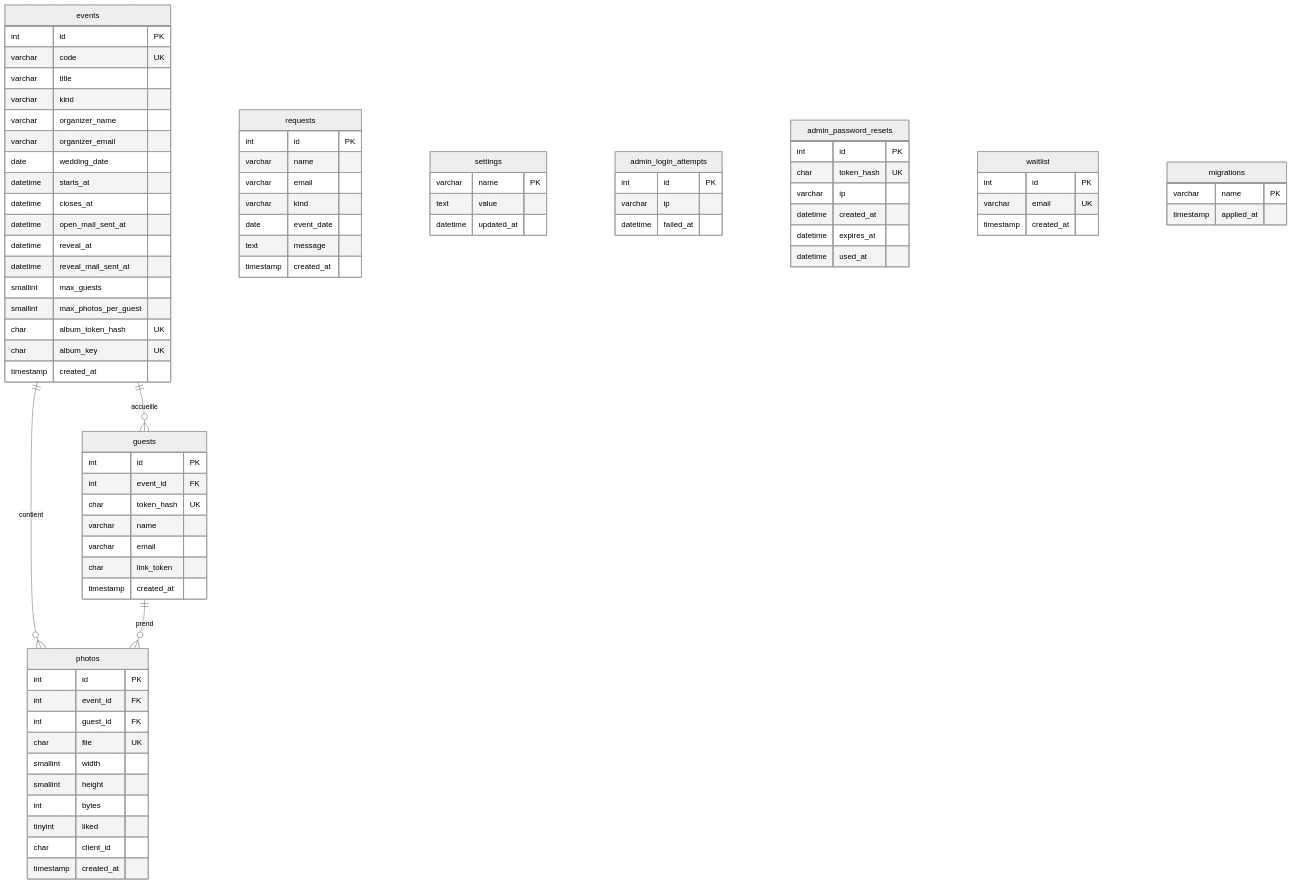
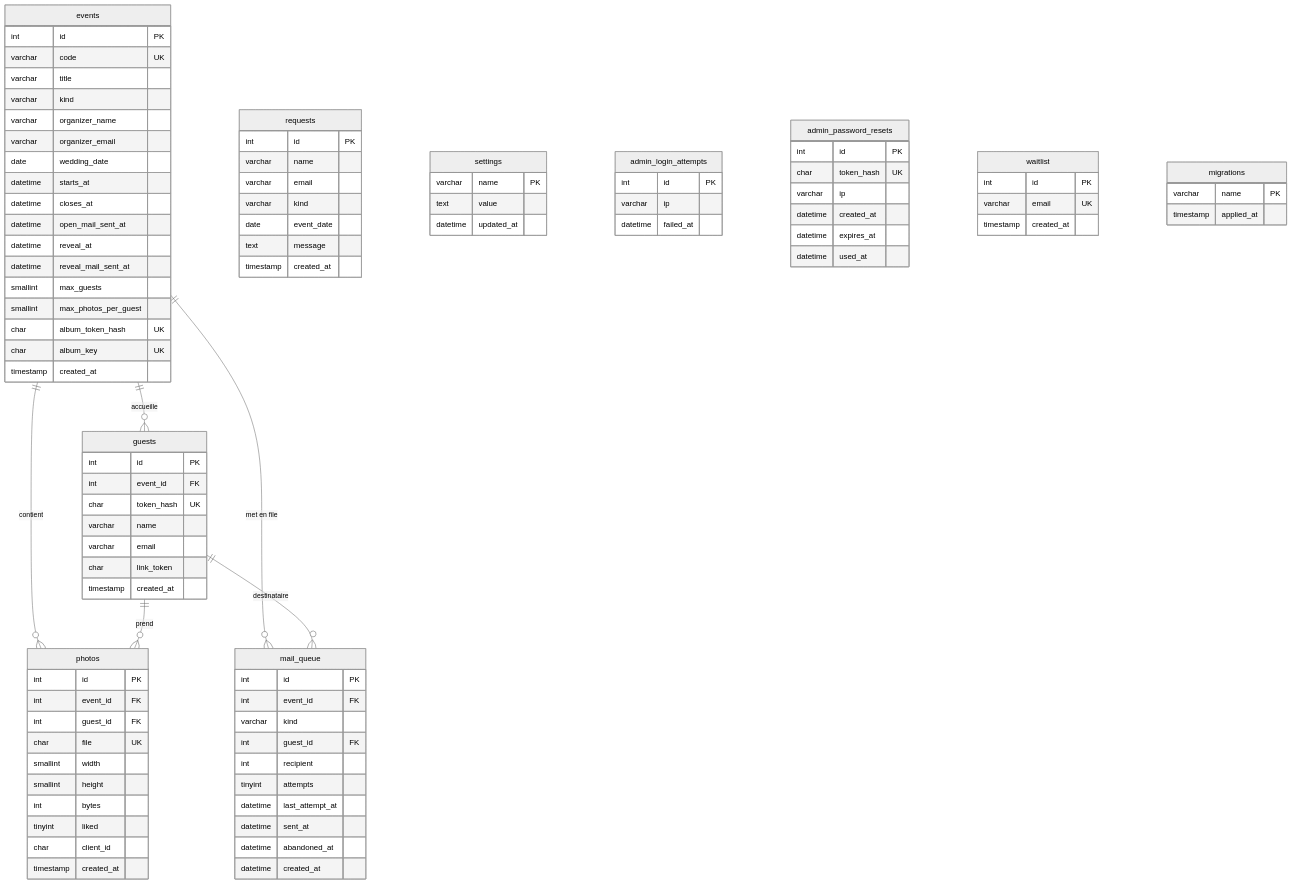
Before and after one commit to fsvoboda/OuiSnap: the fourth of 7 diagrams in docs/SDD.md, drawn with Mermaid (neutral theme). The commit also changed other lines of this file and 2 other files, not shown here.

```diff
--- a/docs/SDD.md
+++ b/docs/SDD.md
@@ -629,6 +639,8 @@
   events ||--o{ guests : "accueille"
   events ||--o{ photos : "contient"
   guests ||--o{ photos : "prend"
+  events ||--o{ mail_queue : "met en file"
+  guests ||--o{ mail_queue : "destinataire"
 
   events {
     int id PK
@@ -697,6 +709,18 @@
     datetime expires_at
     datetime used_at
   }
+  mail_queue {
+    int id PK
+    int event_id FK
+    varchar kind
+    int guest_id FK
+    int recipient
+    tinyint attempts
+    datetime last_attempt_at
+    datetime sent_at
+    datetime abandoned_at
+    datetime created_at
+  }
   waitlist {
     int id PK
     varchar email UK
```
